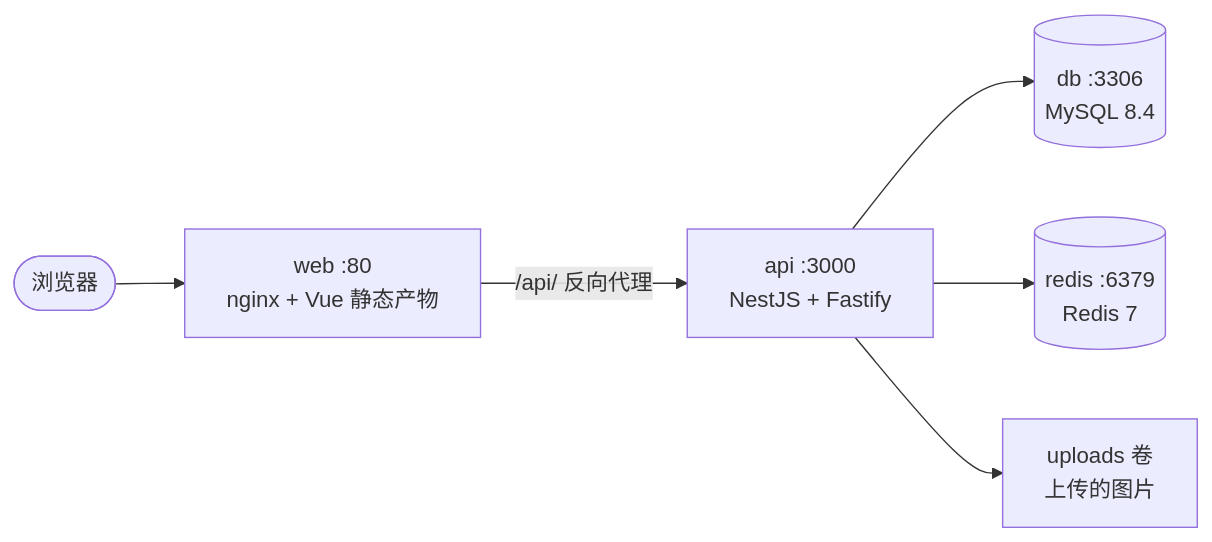
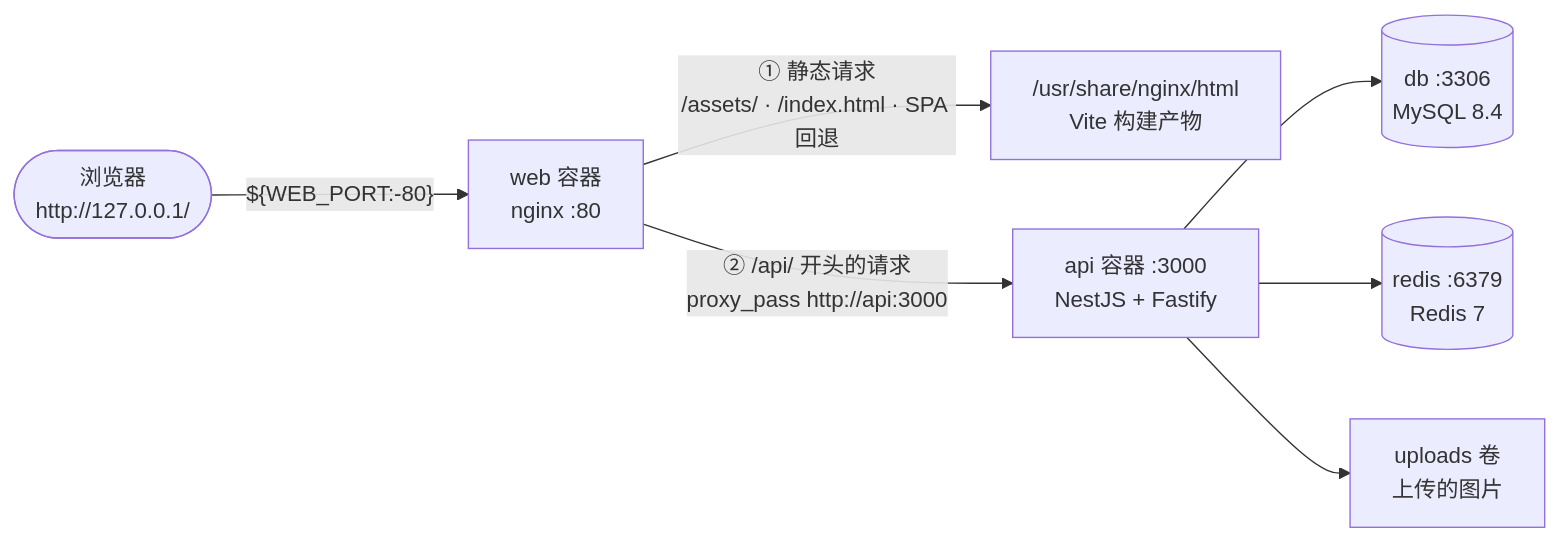
Before and after one commit to zyhnbyyds/manicure-project: the first of 2 diagrams in dev-docs/quality/docker.md, drawn with Mermaid. The commit also changed other lines of this file and 10 other files, not shown here.

````diff
--- a/dev-docs/quality/docker.md
+++ b/dev-docs/quality/docker.md
@@ -77,8 +77,9 @@
 ```mermaid
 flowchart LR
-  U(["浏览器"]) --> W["web :80<br/>nginx + Vue 静态产物"]
-  W -->|"/api/ 反向代理"| A["api :3000<br/>NestJS + Fastify"]
+  U(["浏览器<br/>http://127.0.0.1/"]) -->|"${WEB_PORT:-80}"| W["web 容器<br/>nginx :80"]
+  W -->|"① 静态请求<br/>/assets/ · /index.html · SPA 回退"| F["/usr/share/nginx/html<br/>Vite 构建产物"]
+  W -->|"② /api/ 开头的请求<br/>proxy_pass http://api:3000"| A["api 容器 :3000<br/>NestJS + Fastify"]
   A --> D[("db :3306<br/>MySQL 8.4")]
   A --> R[("redis :6379<br/>Redis 7")]
   A --> V["uploads 卷<br/>上传的图片"]
 ```
````
